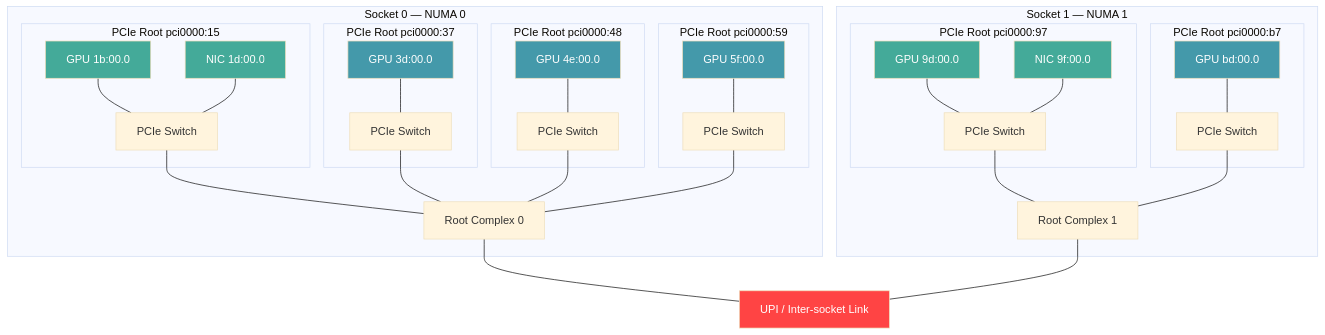
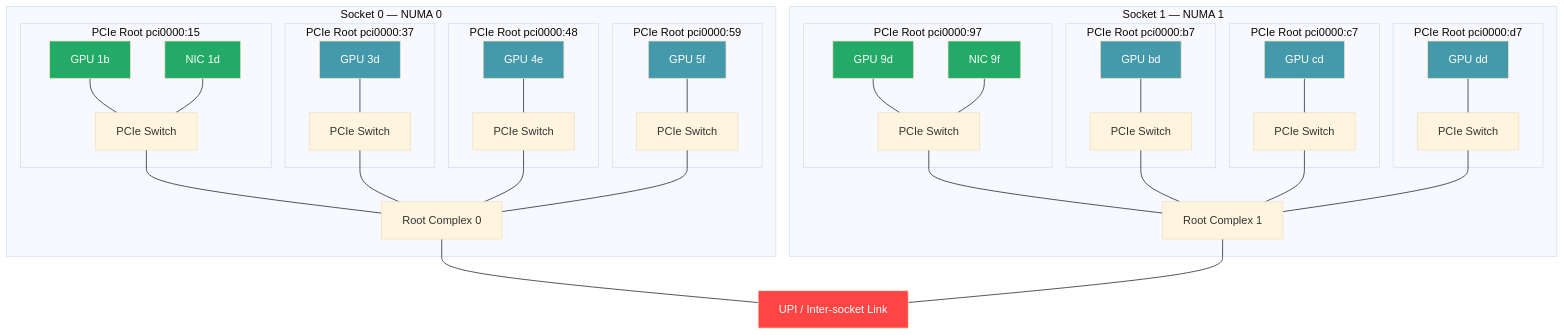
Before and after one commit to johnahull/dra-topology-aware-co-placement: the first of 5 diagrams in docs/diagrams/topology-distance-hierarchy.md, drawn with Mermaid (base theme). The commit also changed other lines of this file, not shown here.

First line of the commit message:
Add SNC-on variants to PCIe tree and distance ring diagrams

````diff
--- a/docs/diagrams/topology-distance-hierarchy.md
+++ b/docs/diagrams/topology-distance-hierarchy.md
@@ -7,64 +9,78 @@
 ```mermaid
 graph TD
     subgraph "Socket 0 — NUMA 0"
         subgraph "PCIe Root pci0000:15"
-            GPU0["GPU 1b:00.0"]
-            NIC0["NIC 1d:00.0"]
+            GPU0["GPU 1b"]
+            NIC0["NIC 1d"]
             SW0["PCIe Switch"]
             GPU0 --- SW0
             NIC0 --- SW0
         end
         subgraph "PCIe Root pci0000:37"
-            GPU1["GPU 3d:00.0"]
+            GPU1["GPU 3d"]
             SW1["PCIe Switch"]
             GPU1 --- SW1
         end
         subgraph "PCIe Root pci0000:48"
-            GPU2["GPU 4e:00.0"]
+            GPU2["GPU 4e"]
             SW2["PCIe Switch"]
             GPU2 --- SW2
         end
         subgraph "PCIe Root pci0000:59"
-            GPU3["GPU 5f:00.0"]
+            GPU3["GPU 5f"]
             SW3["PCIe Switch"]
             GPU3 --- SW3
         end
         RC0["Root Complex 0"]
         SW0 --- RC0
         SW1 --- RC0
         SW2 --- RC0
         SW3 --- RC0
     end
 
     subgraph "Socket 1 — NUMA 1"
         subgraph "PCIe Root pci0000:97"
-            GPU4["GPU 9d:00.0"]
-            NIC1["NIC 9f:00.0"]
+            GPU4["GPU 9d"]
+            NIC1["NIC 9f"]
             SW4["PCIe Switch"]
             GPU4 --- SW4
             NIC1 --- SW4
         end
         subgraph "PCIe Root pci0000:b7"
-            GPU5["GPU bd:00.0"]
+            GPU5["GPU bd"]
             SW5["PCIe Switch"]
             GPU5 --- SW5
+        end
+        subgraph "PCIe Root pci0000:c7"
+            GPU6["GPU cd"]
+            SW6["PCIe Switch"]
+            GPU6 --- SW6
+        end
+        subgraph "PCIe Root pci0000:d7"
+            GPU7["GPU dd"]
+            SW7["PCIe Switch"]
+            GPU7 --- SW7
         end
         RC1["Root Complex 1"]
         SW4 --- RC1
         SW5 --- RC1
+        SW6 --- RC1
+        SW7 --- RC1
     end
 
     UPI["UPI / Inter-socket Link"]
     RC0 --- UPI
     RC1 --- UPI
 
-    style GPU0 fill:#4a9,color:#fff
-    style NIC0 fill:#4a9,color:#fff
+    style GPU0 fill:#2a6,color:#fff
+    style NIC0 fill:#2a6,color:#fff
     style GPU1 fill:#49a,color:#fff
     style GPU2 fill:#49a,color:#fff
     style GPU3 fill:#49a,color:#fff
-    style GPU4 fill:#4a9,color:#fff
-    style NIC1 fill:#4a9,color:#fff
+    style GPU4 fill:#2a6,color:#fff
+    style NIC1 fill:#2a6,color:#fff
     style GPU5 fill:#49a,color:#fff
+    style GPU6 fill:#49a,color:#fff
+    style GPU7 fill:#49a,color:#fff
     style UPI fill:#f44,color:#fff
 ```
````
